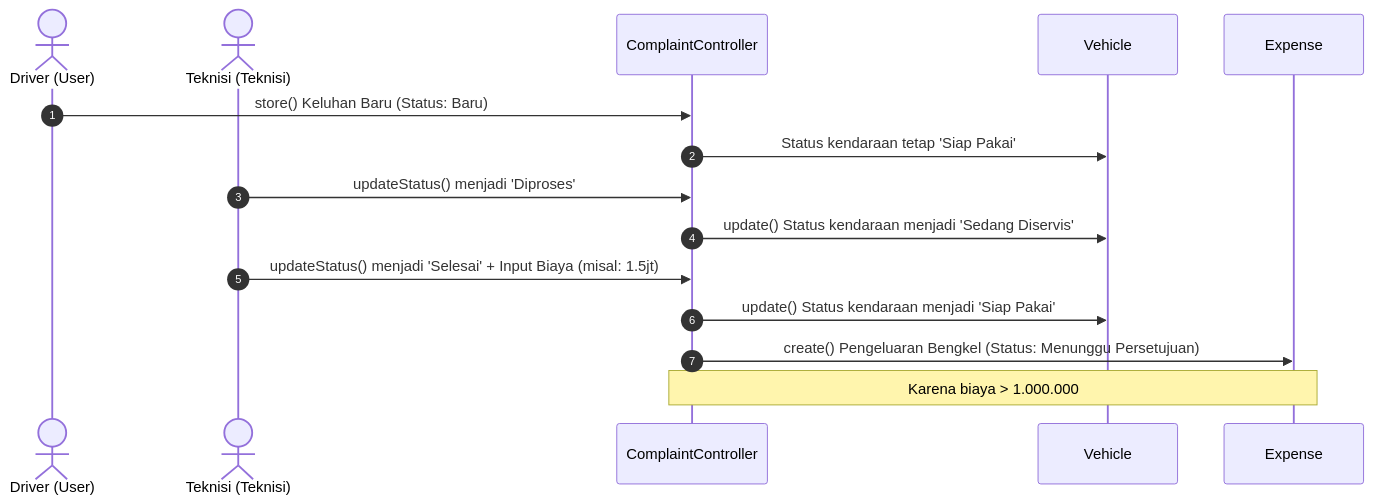
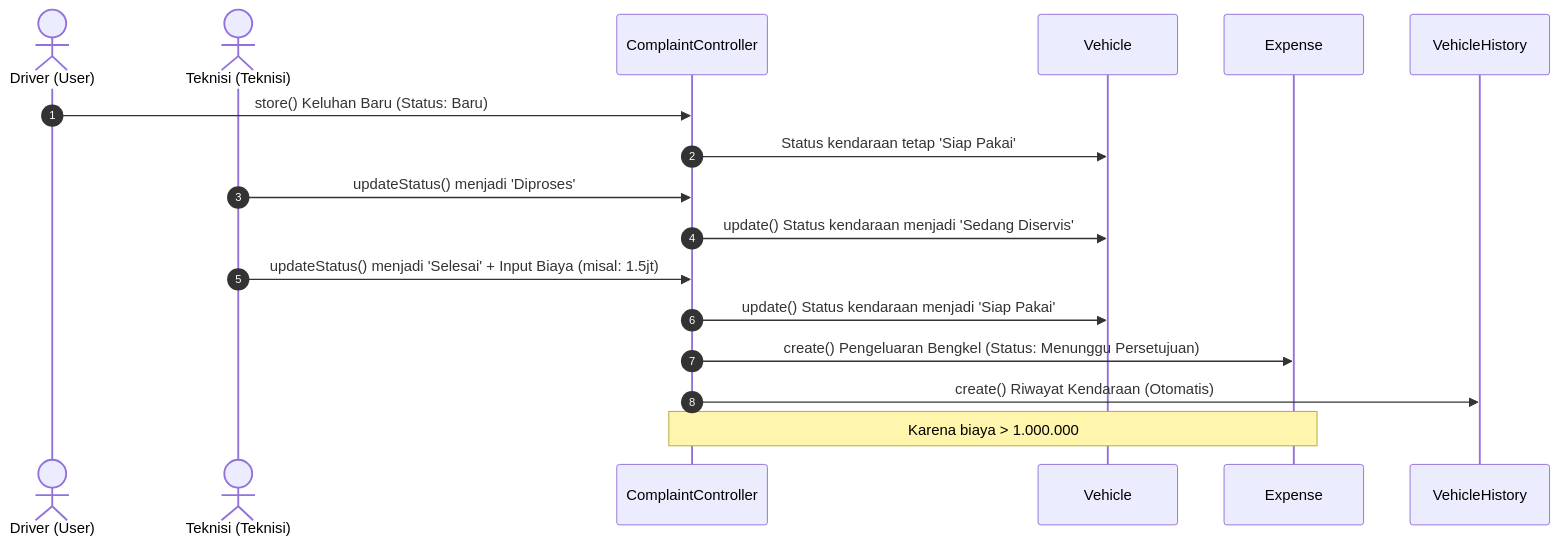
One commit to stinrhmwti/belajar_laravel changed the second of 4 diagrams in doc/belajar_sistem_armada.md. Above: the diagram before and after it, drawn with Mermaid. The commit also changed other lines of this file and 48 other files, not shown here.

Commit message:
Fitur 1 Riwayat Kendaraan dan Perbaikan Bug Laporan

````diff
--- a/doc/belajar_sistem_armada.md
+++ b/doc/belajar_sistem_armada.md
@@ -241,20 +275,22 @@
 ```mermaid
 sequenceDiagram
     autonumber
     actor Driver as Driver (User)
     actor Teknisi as Teknisi (Teknisi)
     participant CC as ComplaintController
     participant VC as Vehicle
     participant EC as Expense
+    participant VH as VehicleHistory
     
     Driver->>CC: store() Keluhan Baru (Status: Baru)
     CC->>VC: Status kendaraan tetap 'Siap Pakai'
     
     Teknisi->>CC: updateStatus() menjadi 'Diproses'
     CC->>VC: update() Status kendaraan menjadi 'Sedang Diservis'
     
     Teknisi->>CC: updateStatus() menjadi 'Selesai' + Input Biaya (misal: 1.5jt)
     CC->>VC: update() Status kendaraan menjadi 'Siap Pakai'
     CC->>EC: create() Pengeluaran Bengkel (Status: Menunggu Persetujuan)
+    CC->>VH: create() Riwayat Kendaraan (Otomatis)
     Note over CC,EC: Karena biaya > 1.000.000
 ```
````
